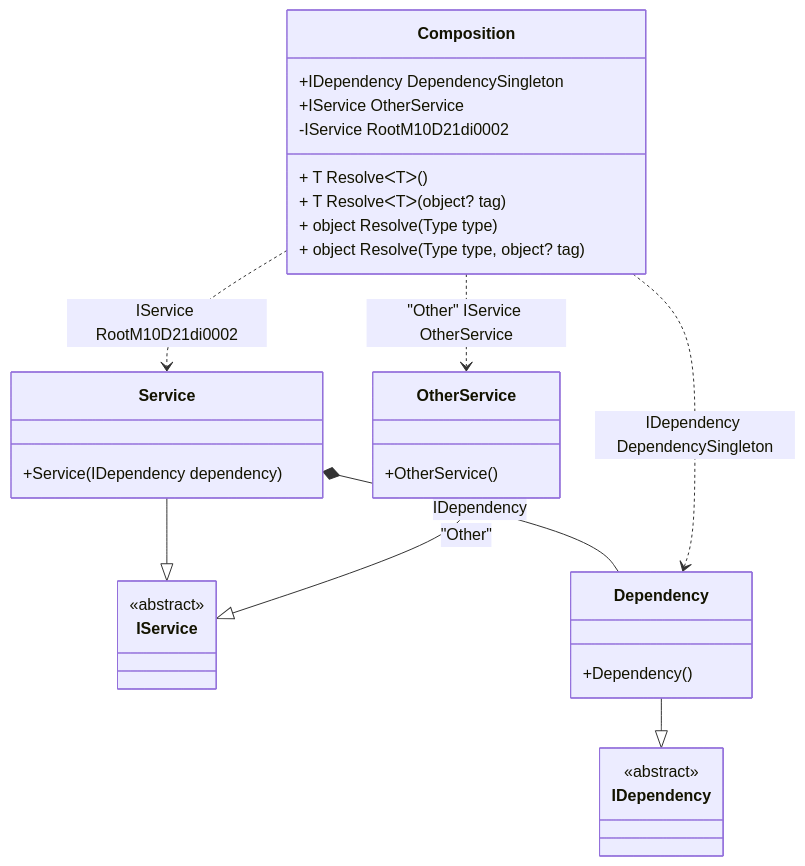
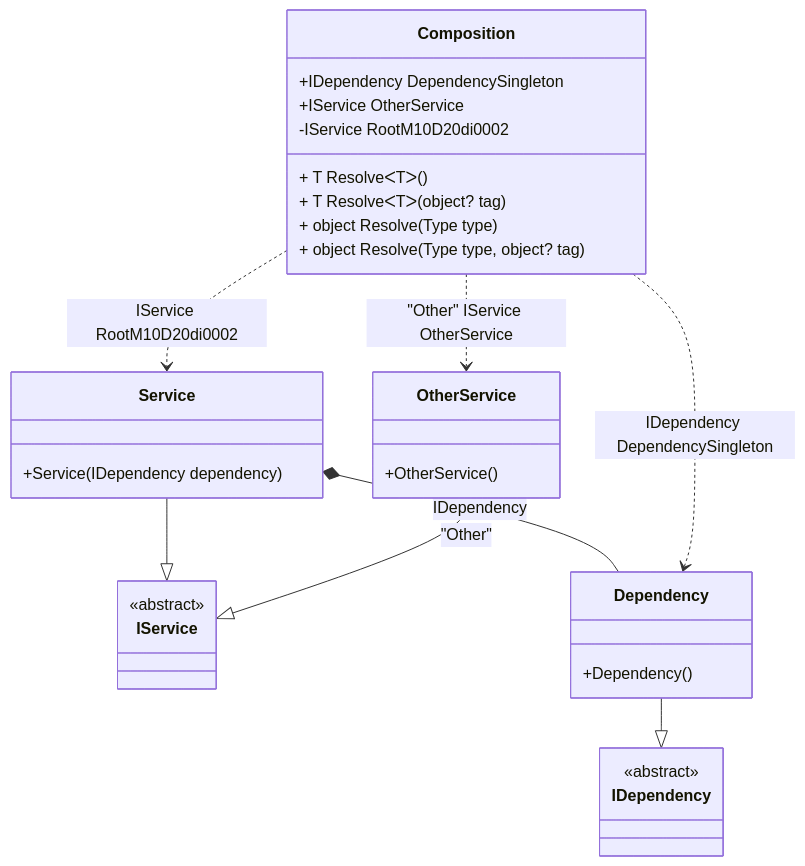
The diagram in readme/resolve-methods.md (DevTeam/Pure.DI), drawn with Mermaid before and after one commit. The commit also changed other lines of this file and 85 other files, not shown here.

````diff
--- a/readme/resolve-methods.md
+++ b/readme/resolve-methods.md
@@ -47,34 +47,34 @@
 ```mermaid
 classDiagram
   class Composition {
     +IDependency DependencySingleton
     +IService OtherService
-    -IService RootM10D21di0002
+    -IService RootM10D20di0002
     + T ResolveᐸTᐳ()
     + T ResolveᐸTᐳ(object? tag)
     + object Resolve(Type type)
     + object Resolve(Type type, object? tag)
   }
   Service --|> IService : 
   class Service {
     +Service(IDependency dependency)
   }
   Dependency --|> IDependency : 
   class Dependency {
     +Dependency()
   }
   OtherService --|> IService : "Other" 
   class OtherService {
     +OtherService()
   }
   class IService {
     <<abstract>>
   }
   class IDependency {
     <<abstract>>
   }
   Service *--  Dependency : IDependency
   Composition ..> Dependency : IDependency DependencySingleton
-  Composition ..> Service : IService RootM10D21di0002
+  Composition ..> Service : IService RootM10D20di0002
   Composition ..> OtherService : "Other" IService OtherService
 ```
````
